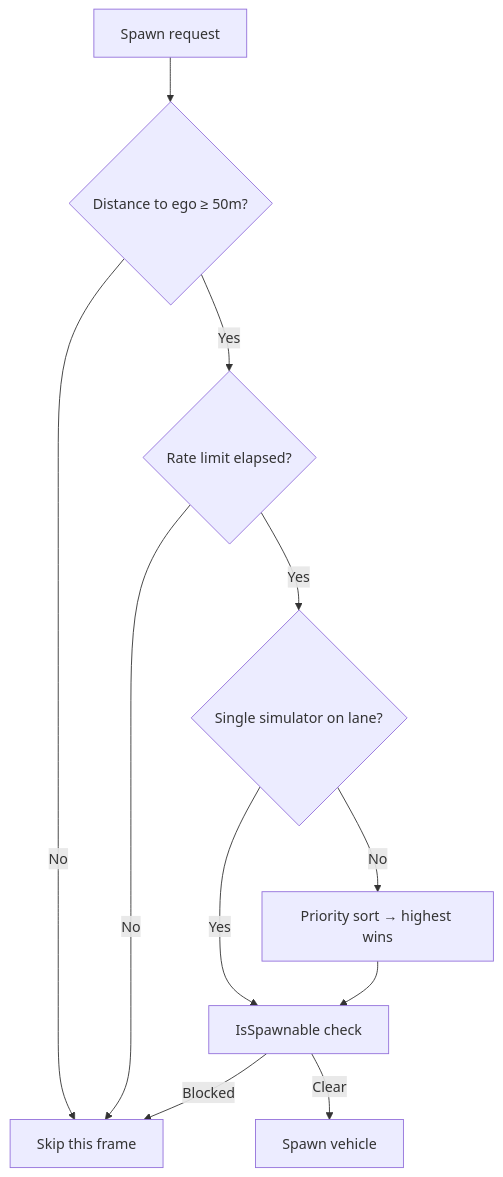
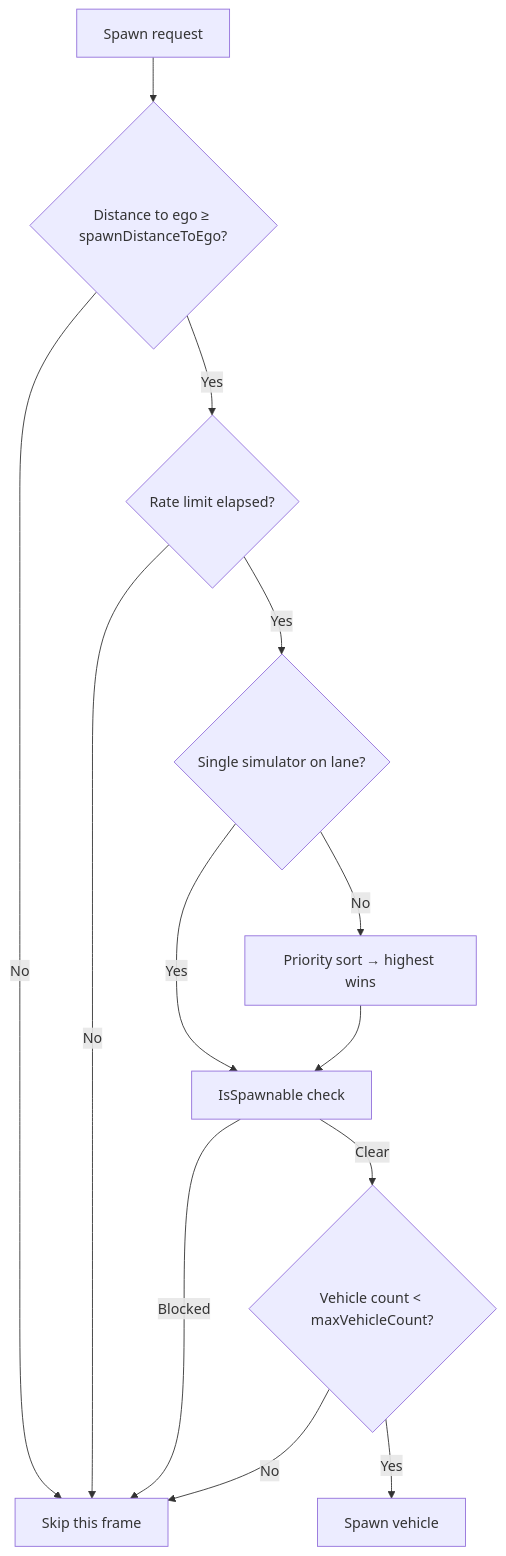
The fourth of 5 diagrams in docs/Components/TrafficManager/index.md (tlab-wide/V2X_E2E_Simulator), drawn with Mermaid before and after one commit. The commit also changed other lines of this file and 21 other files, not shown here.

````diff
--- a/docs/Components/TrafficManager/index.md
+++ b/docs/Components/TrafficManager/index.md
@@ -183,13 +214,15 @@
 ```mermaid
 graph TD
-    A[Spawn request] --> B{Distance to ego ≥ 50m?}
+    A[Spawn request] --> B{Distance to ego ≥ spawnDistanceToEgo?}
     B -- No --> SKIP[Skip this frame]
     B -- Yes --> C{Rate limit elapsed?}
     C -- No --> SKIP
     C -- Yes --> D{Single simulator on lane?}
     D -- Yes --> E[IsSpawnable check]
     D -- No --> F[Priority sort → highest wins]
     F --> E
-    E -- Clear --> G[Spawn vehicle]
+    E -- Clear --> H{Vehicle count < maxVehicleCount?}
     E -- Blocked --> SKIP
+    H -- Yes --> G[Spawn vehicle]
+    H -- No --> SKIP
 ```
````
